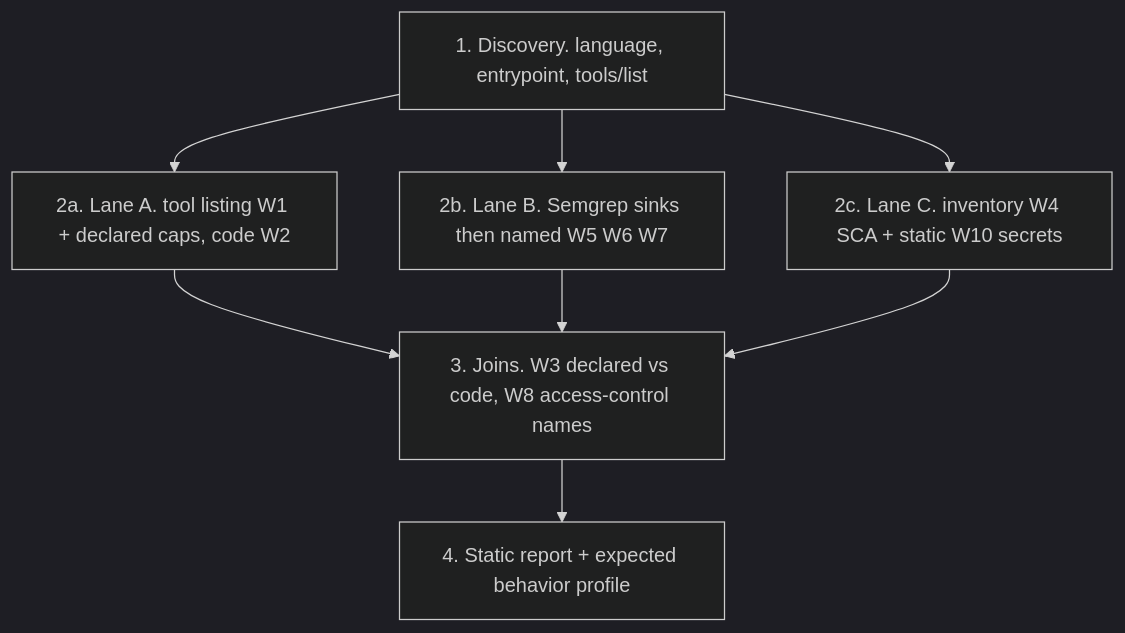
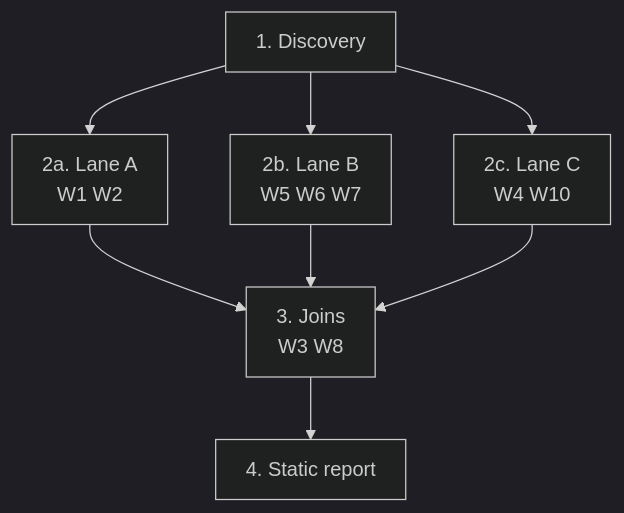
The first of 2 diagrams in README.md (sanjayriram44/MCPAegis), drawn with Mermaid (dark theme) before and after one commit. The commit also changed other lines of this file, not shown here.

Commit message:
docs: split runtime canary and report stages

````diff
--- a/README.md
+++ b/README.md
@@ -207,11 +207,12 @@
 ```mermaid
+%%{init: {"flowchart": {"htmlLabels": true, "wrappingWidth": 140, "useMaxWidth": true, "padding": 12}}}%%
 flowchart TD
-  S0["1. Discovery. language, entrypoint, tools/list"]
-  S0 --> S1A["2a. Lane A. tool listing W1 + declared caps, code W2"]
-  S0 --> S1B["2b. Lane B. Semgrep sinks then named W5 W6 W7"]
-  S0 --> S1C["2c. Lane C. inventory W4 SCA + static W10 secrets"]
-  S1A --> S2["3. Joins. W3 declared vs code, W8 access-control names"]
+  S0["1. Discovery"]
+  S0 --> S1A["2a. Lane A<br/>W1 W2"]
+  S0 --> S1B["2b. Lane B<br/>W5 W6 W7"]
+  S0 --> S1C["2c. Lane C<br/>W4 W10"]
+  S1A --> S2["3. Joins<br/>W3 W8"]
   S1B --> S2
   S1C --> S2
-  S2 --> S3["4. Static report + expected behavior profile"]
+  S2 --> S3["4. Static report"]
 ```
````
